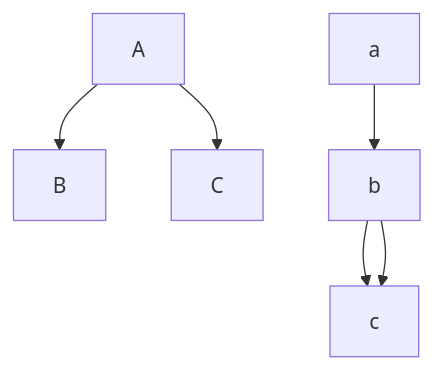
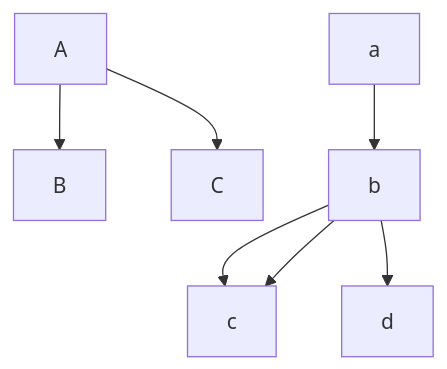
The diagram in test.md (ghtfujita/test), drawn with Mermaid before and after one commit.

Commit message:
testcommit

````diff
--- a/test.md
+++ b/test.md
@@ -1,8 +1,9 @@
 ```mermaid
 graph TD;
  A --> B
  A -->C
  a -->b
  b --> c
  b --> c
+ b --> d
 ```
````
